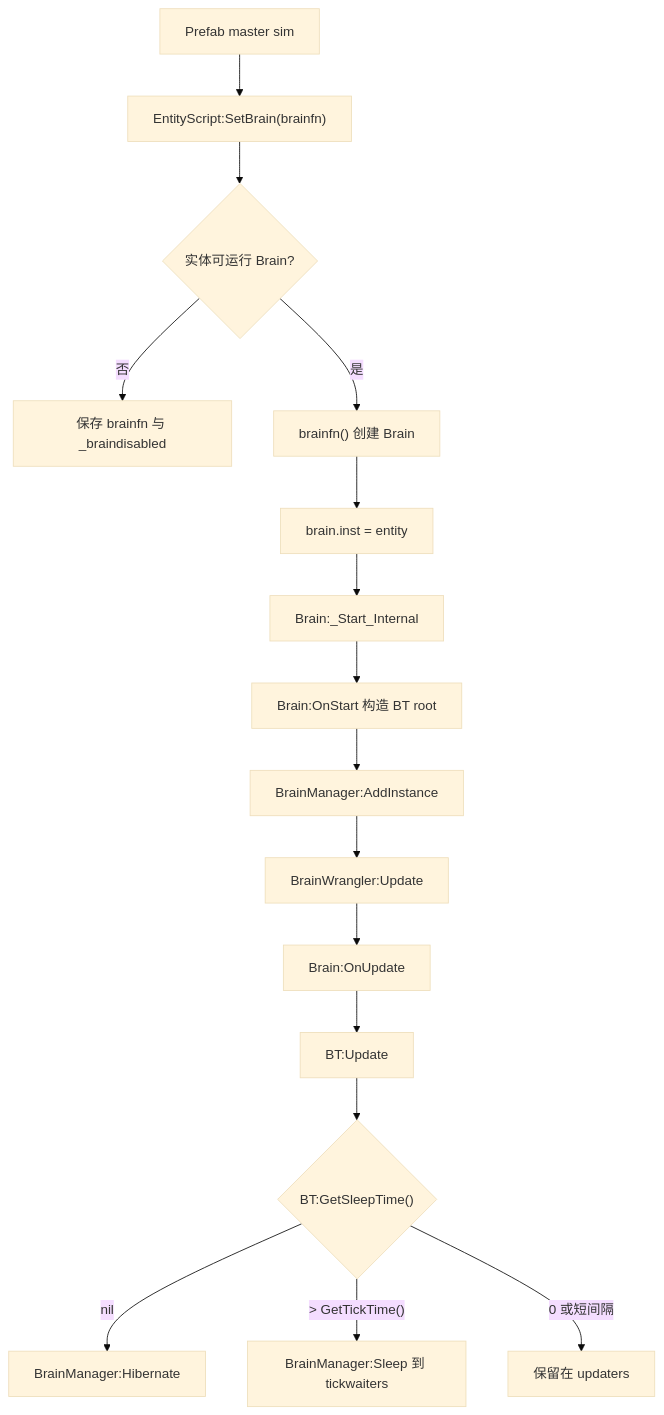
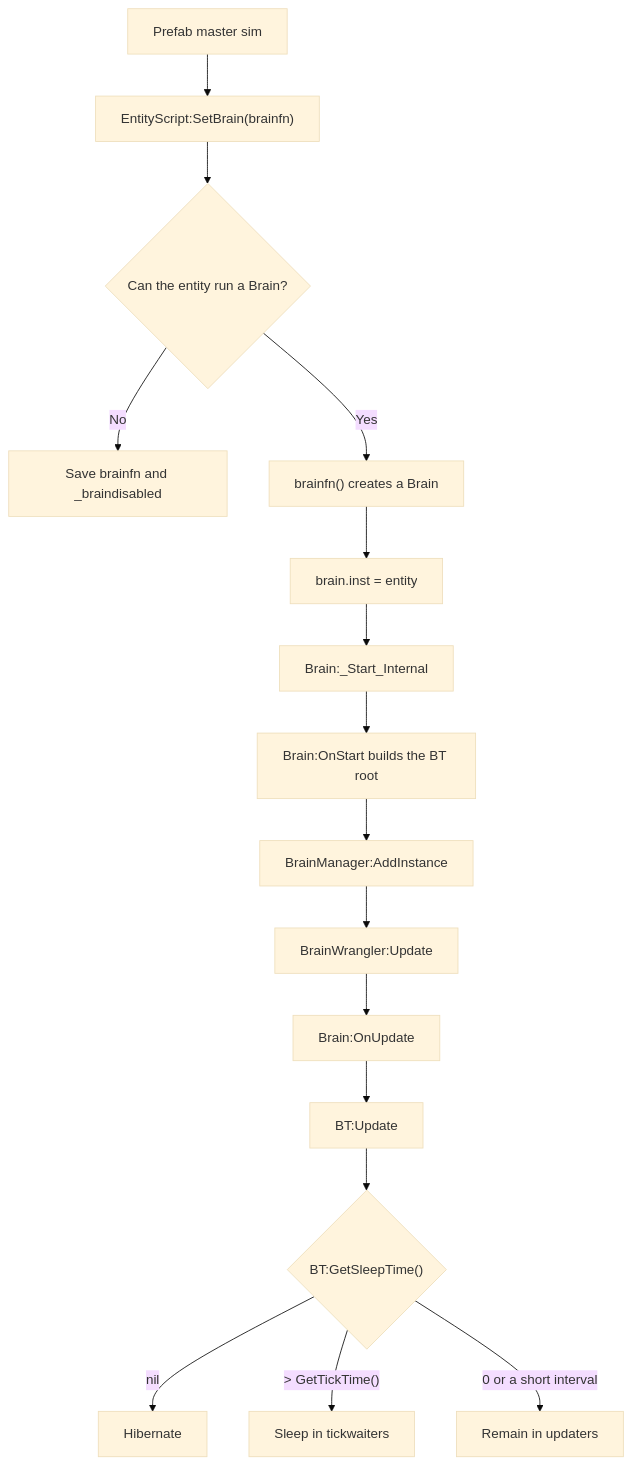
Before and after one commit to LetsStarveTogether/dst-server: the diagram in dst-scripts/index/0x4000-ai-animation/0x4200-brain-behaviour/0x4201-brain-runtime.md, drawn with Mermaid (base theme). The commit also changed other lines of this file and 83 other files, not shown here.

```diff
--- a/dst-scripts/index/0x4000-ai-animation/0x4200-brain-behaviour/0x4201-brain-runtime.md
+++ b/dst-scripts/index/0x4000-ai-animation/0x4200-brain-behaviour/0x4201-brain-runtime.md
@@ -56,19 +53,19 @@
 ~~~mermaid
 flowchart TD
     A["Prefab master sim"]
     A --> B["EntityScript:SetBrain(brainfn)"]
-    B --> C{"实体可运行 Brain?"}
-    C -- "否" --> D["保存 brainfn 与 _braindisabled"]
-    C -- "是" --> E["brainfn() 创建 Brain"]
+    B --> C{"Can the entity run a Brain?"}
+    C -- "No" --> D["Save brainfn and _braindisabled"]
+    C -- "Yes" --> E["brainfn() creates a Brain"]
     E --> F["brain.inst = entity"]
     F --> G["Brain:_Start_Internal"]
-    G --> H["Brain:OnStart 构造 BT root"]
+    G --> H["Brain:OnStart builds the BT root"]
     H --> I["BrainManager:AddInstance"]
     I --> J["BrainWrangler:Update"]
     J --> K["Brain:OnUpdate"]
     K --> L["BT:Update"]
     L --> M{"BT:GetSleepTime()"}
-    M -- "nil" --> N["BrainManager:Hibernate"]
-    M -- "> GetTickTime()" --> O["BrainManager:Sleep 到 tickwaiters"]
-    M -- "0 或短间隔" --> P["保留在 updaters"]
+    M -- "nil" --> N["Hibernate"]
+    M -- "> GetTickTime()" --> O["Sleep in tickwaiters"]
+    M -- "0 or a short interval" --> P["Remain in updaters"]
 ~~~
```
